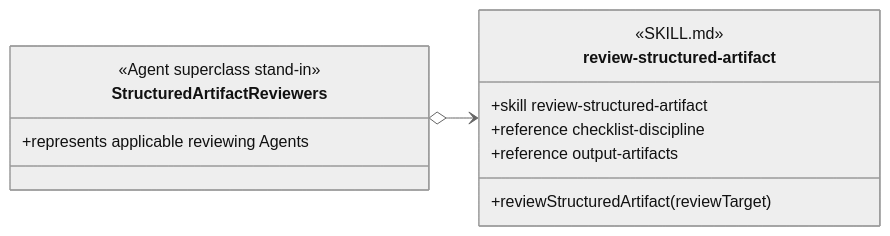
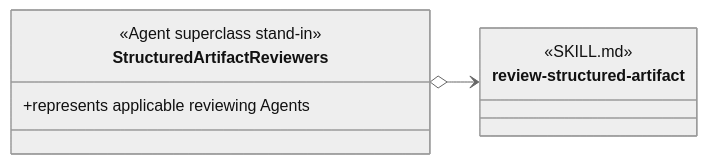
Before and after one commit to martinbechard/dev-methodology: diagram 11 of 11 in design/object-oriented-agent-and-skill-model.md, drawn with Mermaid (neutral theme). The commit also changed other lines of this file and 2 other files, not shown here.

Commit message:
Clarify whole-skill and work-item DII notation

````diff
--- a/design/object-oriented-agent-and-skill-model.md
+++ b/design/object-oriented-agent-and-skill-model.md
@@ -651,20 +633,16 @@
 ```mermaid
 classDiagram
     direction LR
 
     class StructuredArtifactReviewers {
         <<Agent superclass stand-in>>
         +represents applicable reviewing Agents
     }
 
     class review-structured-artifact {
         <<SKILL.md>>
         <<Agent Skill>>
-        +skill review-structured-artifact
-        +reviewStructuredArtifact(reviewTarget)
-        +reference checklist-discipline
-        +reference output-artifacts
     }
 
     StructuredArtifactReviewers o--> review-structured-artifact
 ```
````
